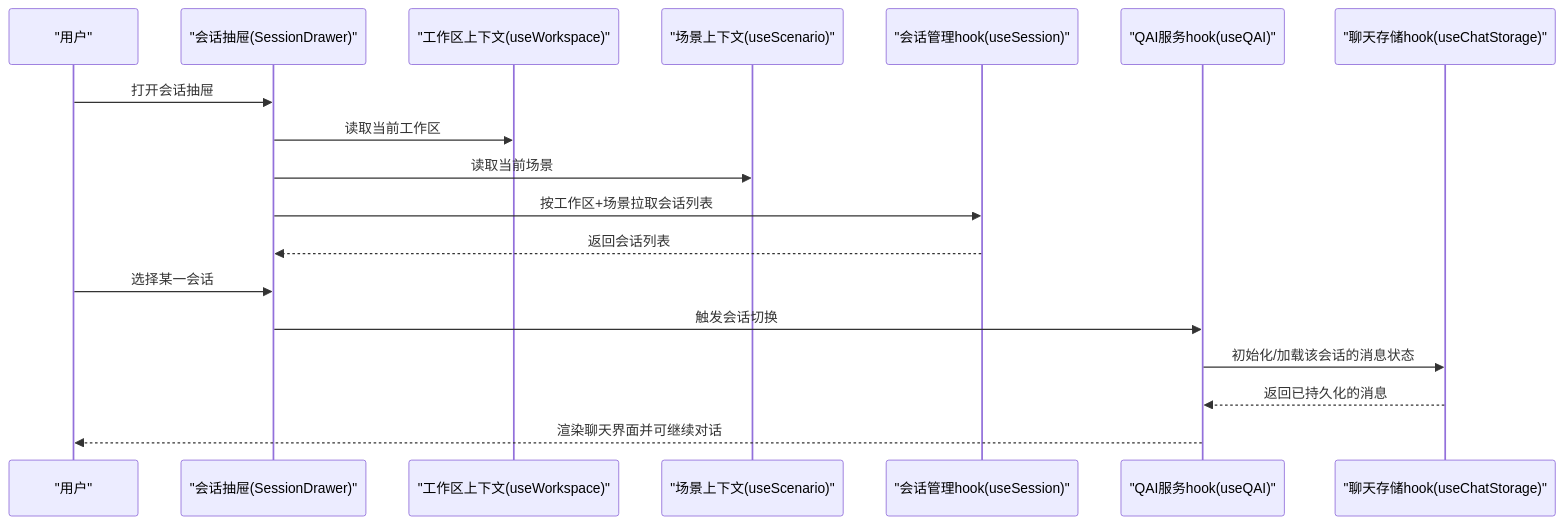
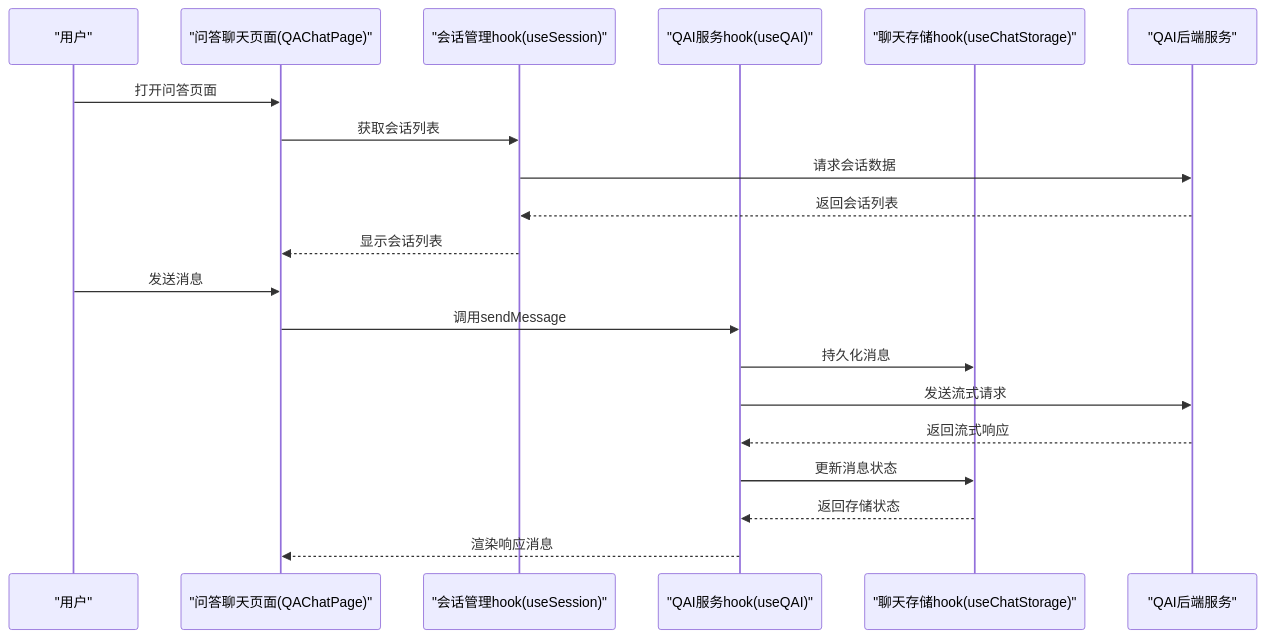
Before and after one commit to inier/ontology-graphiti: the second of 8 diagrams in .qoder/repowiki/zh/content/前端架构/业务模块前端实现/QA模块.md, drawn with Mermaid. The commit also changed other lines of this file and 8 other files, not shown here.

````diff
--- a/.qoder/repowiki/zh/content/前端架构/业务模块前端实现/QA模块.md
+++ b/.qoder/repowiki/zh/content/前端架构/业务模块前端实现/QA模块.md
@@ -83,20 +94,22 @@
 ```mermaid
 sequenceDiagram
 participant User as "用户"
-participant Drawer as "会话抽屉(SessionDrawer)"
-participant WS as "工作区上下文(useWorkspace)"
-participant SC as "场景上下文(useScenario)"
-participant SessHook as "会话管理hook(useSession)"
-participant ChatHook as "QAI服务hook(useQAI)"
-participant StoreHook as "聊天存储hook(useChatStorage)"
-User->>Drawer : 打开会话抽屉
-Drawer->>WS : 读取当前工作区
-Drawer->>SC : 读取当前场景
-Drawer->>SessHook : 按工作区+场景拉取会话列表
-SessHook-->>Drawer : 返回会话列表
-User->>Drawer : 选择某一会话
-Drawer->>ChatHook : 触发会话切换
-ChatHook->>StoreHook : 初始化/加载该会话的消息状态
-StoreHook-->>ChatHook : 返回已持久化的消息
-ChatHook-->>User : 渲染聊天界面并可继续对话
+participant ChatPage as "问答聊天页面(QAChatPage)"
+participant SessionHook as "会话管理hook(useSession)"
+participant QAIHook as "QAI服务hook(useQAI)"
+participant StorageHook as "聊天存储hook(useChatStorage)"
+participant Backend as "QAI后端服务"
+User->>ChatPage : 打开问答页面
+ChatPage->>SessionHook : 获取会话列表
+SessionHook->>Backend : 请求会话数据
+Backend-->>SessionHook : 返回会话列表
+SessionHook-->>ChatPage : 显示会话列表
+User->>ChatPage : 发送消息
+ChatPage->>QAIHook : 调用sendMessage
+QAIHook->>StorageHook : 持久化消息
+QAIHook->>Backend : 发送流式请求
+Backend-->>QAIHook : 返回流式响应
+QAIHook->>StorageHook : 更新消息状态
+StorageHook-->>QAIHook : 返回存储状态
+QAIHook-->>ChatPage : 渲染响应消息
 ```
````
